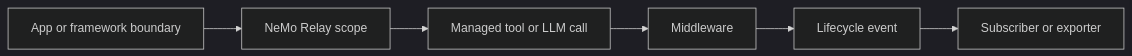
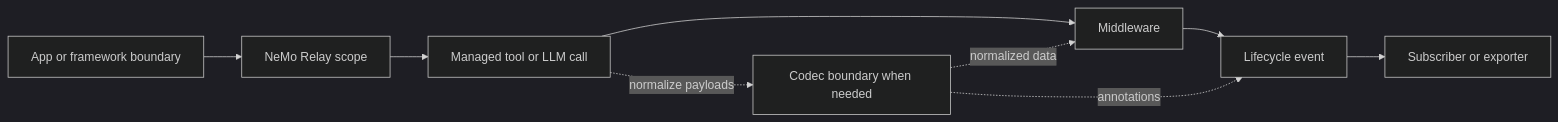
Before and after one commit to NVIDIA/NeMo-Relay: the diagram in docs/getting-started/agent-runtime-primer.mdx, drawn with Mermaid (dark theme). The commit also changed other lines of this file and 19 other files, not shown here.

````diff
--- a/docs/getting-started/agent-runtime-primer.mdx
+++ b/docs/getting-started/agent-runtime-primer.mdx
@@ -52,11 +63,15 @@
 ```mermaid
 flowchart LR
   boundary["App or framework boundary"]
   scope["NeMo Relay scope"]
   managedCall["Managed tool or LLM call"]
+  codec["Codec boundary when needed"]
   middleware["Middleware"]
   event["Lifecycle event"]
   sink["Subscriber or exporter"]
 
   boundary --> scope --> managedCall --> middleware --> event --> sink
+  managedCall -. normalize payloads .-> codec
+  codec -. normalized data .-> middleware
+  codec -. annotations .-> event
 ```
````
